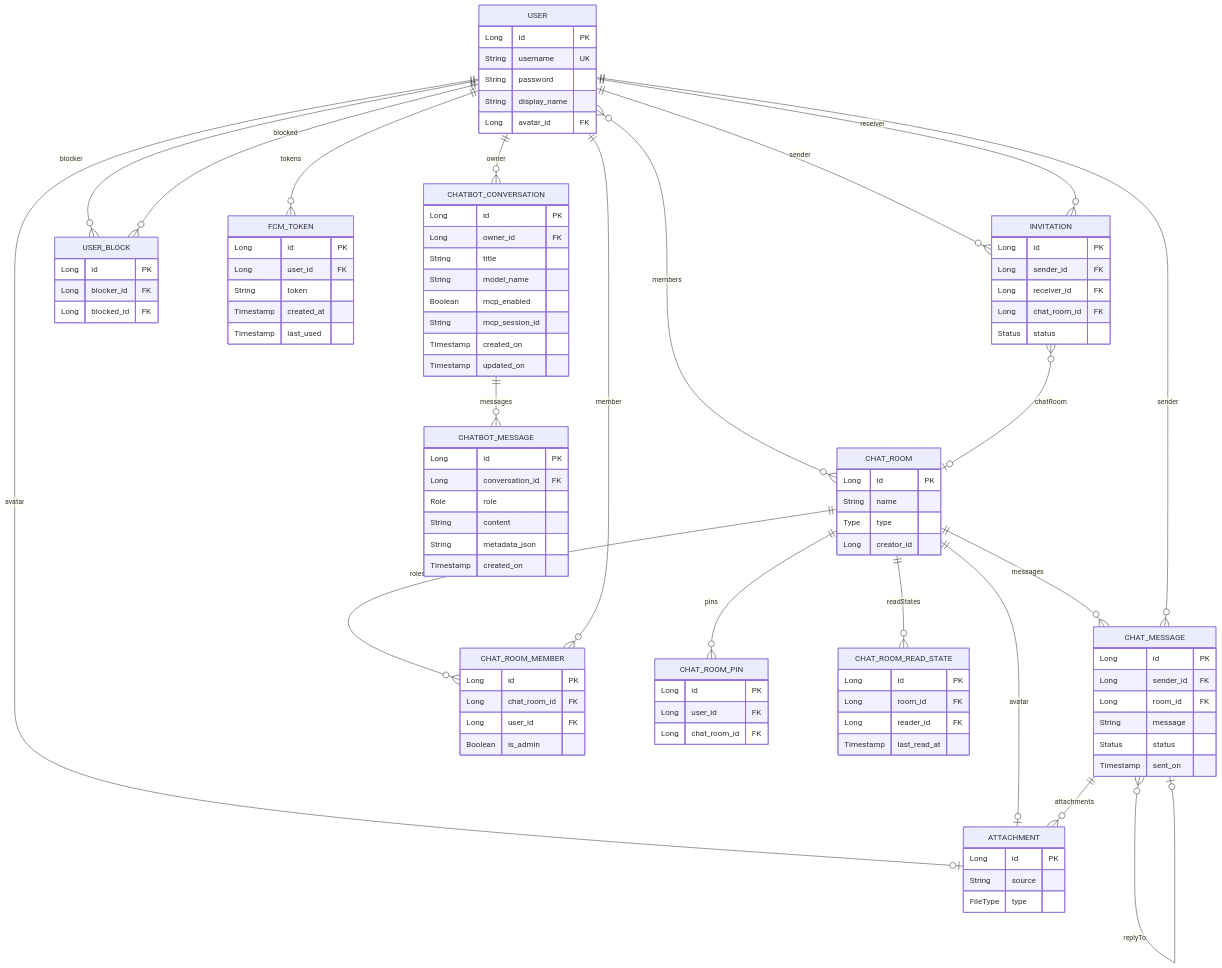
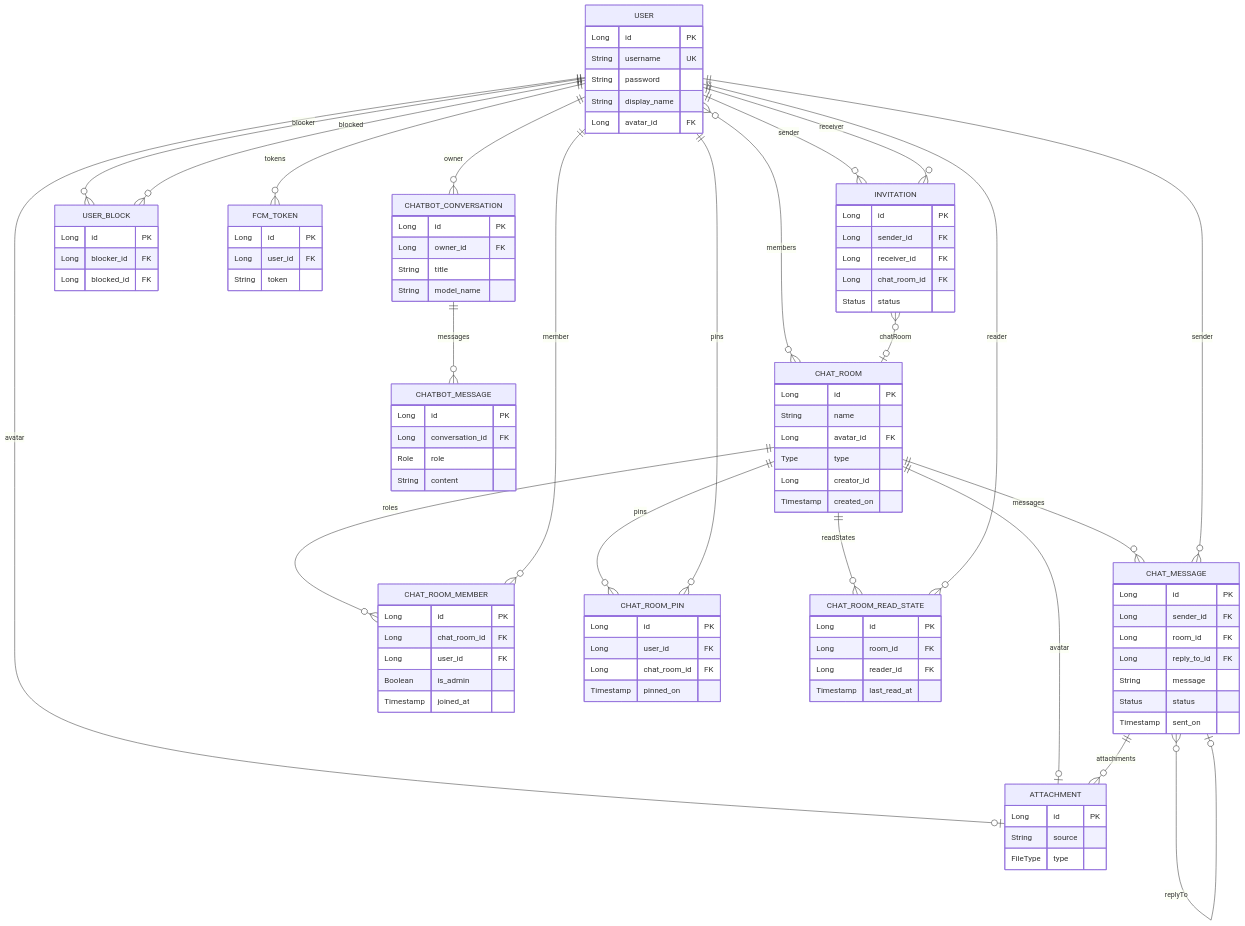
One commit to HiepNguyen284/chatapp changed the ninth of 11 diagrams in bao_cao_thanh_vien_4.md. Above: the diagram before and after it, drawn with Mermaid. The commit also changed other lines of this file and 4473 other files, not shown here.

````diff
--- a/bao_cao_thanh_vien_4.md
+++ b/bao_cao_thanh_vien_4.md
@@ -890,19 +771,20 @@
         Long id PK
         Long user_id FK
         String token
-        Timestamp created_at
-        Timestamp last_used
     }
     CHAT_ROOM {
         Long id PK
         String name
+        Long avatar_id FK
         Type type
         Long creator_id
+        Timestamp created_on
     }
     CHAT_MESSAGE {
         Long id PK
         Long sender_id FK
         Long room_id FK
+        Long reply_to_id FK
         String message
         Status status
         Timestamp sent_on
@@ -912,11 +794,13 @@
         Long chat_room_id FK
         Long user_id FK
         Boolean is_admin
+        Timestamp joined_at
     }
     CHAT_ROOM_PIN {
         Long id PK
         Long user_id FK
         Long chat_room_id FK
+        Timestamp pinned_on
     }
     CHAT_ROOM_READ_STATE {
         Long id PK
@@ -929,18 +813,12 @@
         Long owner_id FK
         String title
         String model_name
-        Boolean mcp_enabled
-        String mcp_session_id
-        Timestamp created_on
-        Timestamp updated_on
     }
     CHATBOT_MESSAGE {
         Long id PK
         Long conversation_id FK
         Role role
         String content
-        String metadata_json
-        Timestamp created_on
     }
 
     USER ||--o| ATTACHMENT : "avatar"
@@ -960,6 +838,8 @@
     CHAT_MESSAGE }o--o| CHAT_MESSAGE : "replyTo"
     USER ||--o{ CHAT_MESSAGE : "sender"
     USER ||--o{ CHAT_ROOM_MEMBER : "member"
+    USER ||--o{ CHAT_ROOM_PIN : "pins"
+    USER ||--o{ CHAT_ROOM_READ_STATE : "reader"
     USER ||--o{ CHATBOT_CONVERSATION : "owner"
     CHATBOT_CONVERSATION ||--o{ CHATBOT_MESSAGE : "messages"
 ```
````
